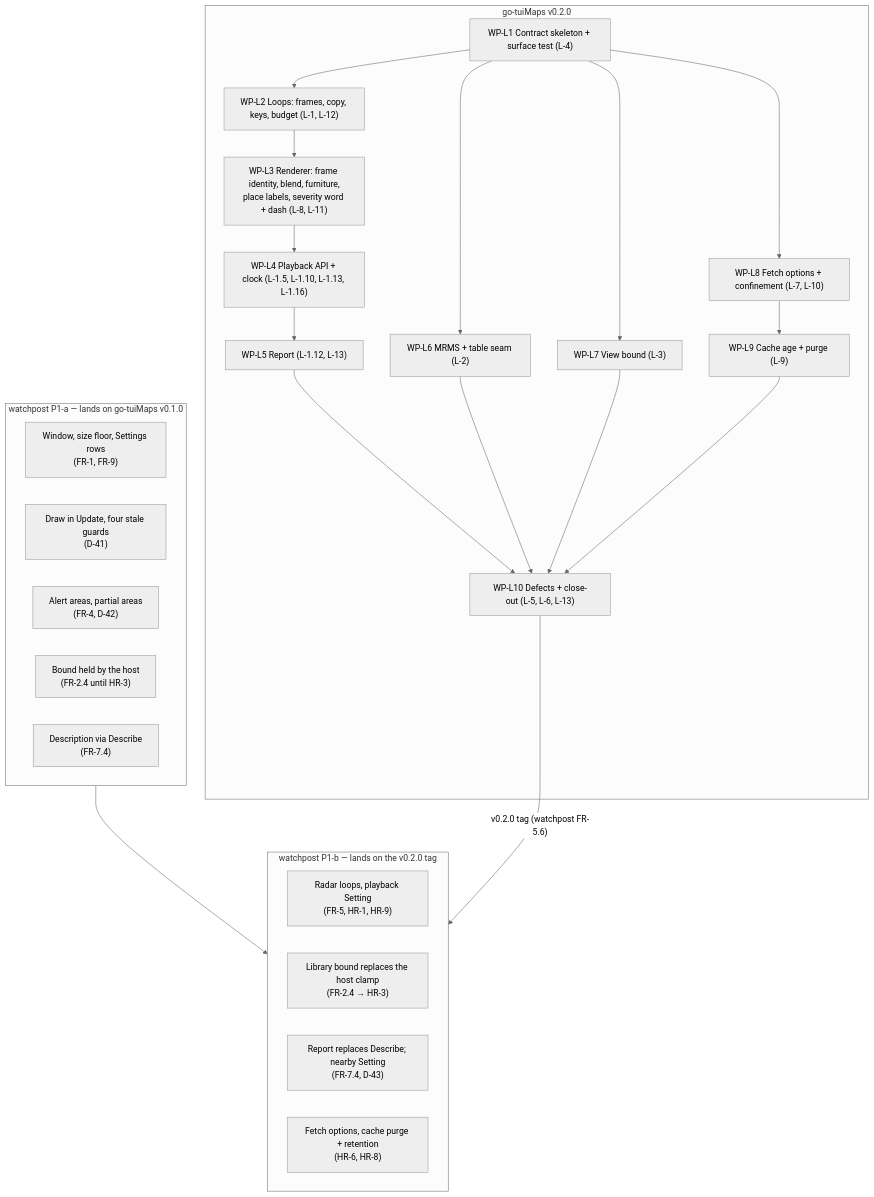
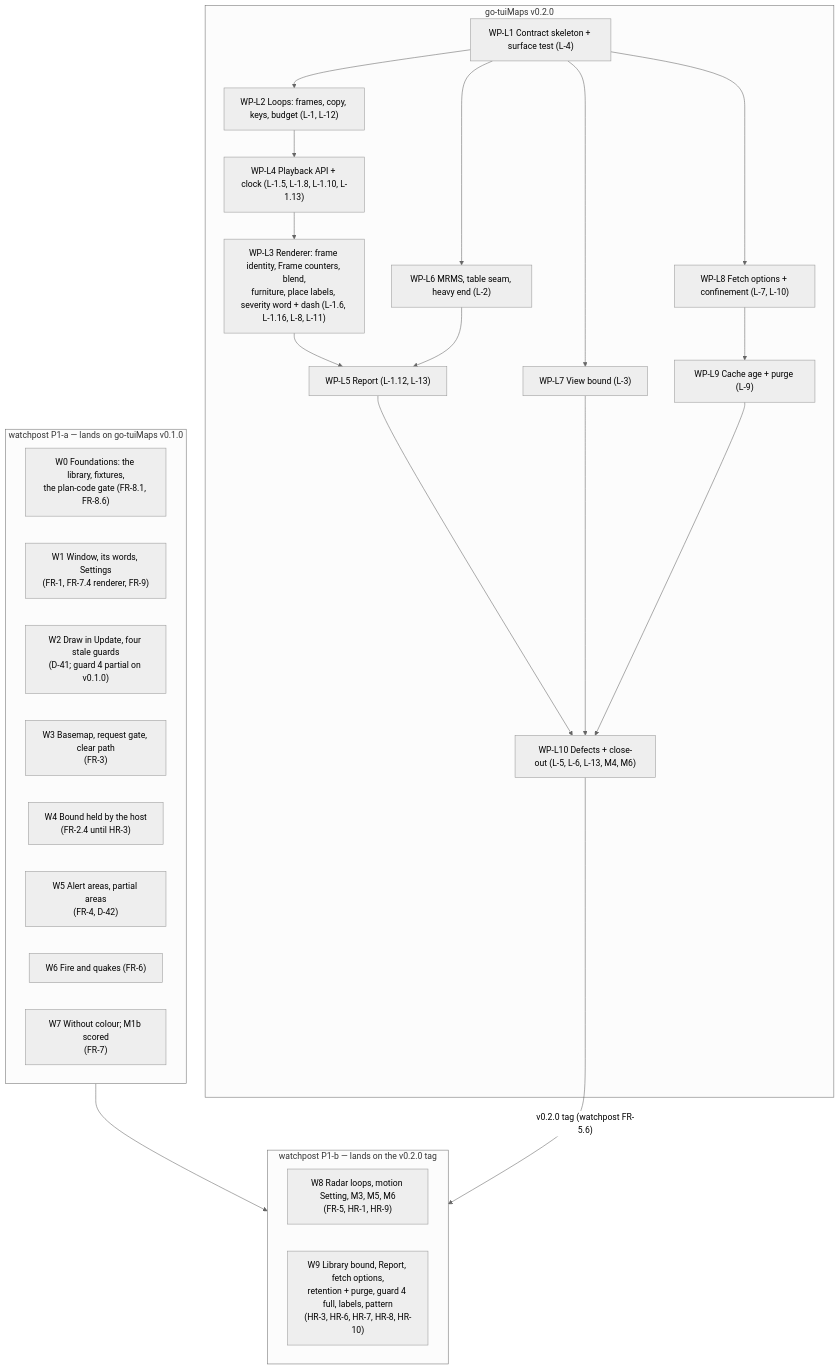
Before and after one commit to branden-thompson/go-tuimaps: the diagram in 06_docs/02_features/radar-loops/03-architecture-design/integration-map.md, drawn with Mermaid (neutral theme). The commit also changed other lines of this file and 3 other files, not shown here.

Commit message:
radar-loops: implementation plan revised after the internal plan check; integration map follows both plans

````diff
--- a/06_docs/02_features/radar-loops/03-architecture-design/integration-map.md
+++ b/06_docs/02_features/radar-loops/03-architecture-design/integration-map.md
@@ -19,38 +19,38 @@
 ```mermaid
 flowchart TB
   subgraph WP1["watchpost P1-a — lands on go-tuiMaps v0.1.0"]
-    W1["Window, size floor, Settings rows<br/>(FR-1, FR-9)"]
-    W2["Draw in Update, four stale guards<br/>(D-41)"]
-    W3["Alert areas, partial areas<br/>(FR-4, D-42)"]
-    W4["Bound held by the host<br/>(FR-2.4 until HR-3)"]
-    W5["Description via Describe<br/>(FR-7.4)"]
+    W0["W0 Foundations: the library, fixtures,<br/>the plan-code gate (FR-8.1, FR-8.6)"]
+    W1["W1 Window, its words, Settings<br/>(FR-1, FR-7.4 renderer, FR-9)"]
+    W2["W2 Draw in Update, four stale guards<br/>(D-41; guard 4 partial on v0.1.0)"]
+    W3["W3 Basemap, request gate, clear path<br/>(FR-3)"]
+    W4["W4 Bound held by the host<br/>(FR-2.4 until HR-3)"]
+    W5["W5 Alert areas, partial areas<br/>(FR-4, D-42)"]
+    W6["W6 Fire and quakes (FR-6)"]
+    W7["W7 Without colour; M1b scored<br/>(FR-7)"]
   end
   subgraph LIB["go-tuiMaps v0.2.0"]
     L0["WP-L1 Contract skeleton + surface test (L-4)"]
     L1["WP-L2 Loops: frames, copy, keys, budget (L-1, L-12)"]
-    L2["WP-L3 Renderer: frame identity, blend, furniture,<br/>place labels, severity word + dash (L-8, L-11)"]
-    L3["WP-L4 Playback API + clock (L-1.5, L-1.10, L-1.13, L-1.16)"]
+    L3["WP-L4 Playback API + clock (L-1.5, L-1.8, L-1.10, L-1.13)"]
+    L2["WP-L3 Renderer: frame identity, Frame counters, blend,<br/>furniture, place labels, severity word + dash (L-1.6, L-1.16, L-8, L-11)"]
     L4["WP-L5 Report (L-1.12, L-13)"]
-    L5["WP-L6 MRMS + table seam (L-2)"]
+    L5["WP-L6 MRMS, table seam, heavy end (L-2)"]
     L6["WP-L7 View bound (L-3)"]
     L7["WP-L8 Fetch options + confinement (L-7, L-10)"]
     L8["WP-L9 Cache age + purge (L-9)"]
-    L9["WP-L10 Defects + close-out (L-5, L-6, L-13)"]
-    L0 --> L1 --> L2 --> L3 --> L4
-    L0 --> L5
+    L9["WP-L10 Defects + close-out (L-5, L-6, L-13, M4, M6)"]
+    L0 --> L1 --> L3 --> L2 --> L4
+    L0 --> L5 --> L4
     L0 --> L6
     L0 --> L7 --> L8
     L4 --> L9
-    L5 --> L9
     L6 --> L9
     L8 --> L9
   end
   subgraph WP2["watchpost P1-b — lands on the v0.2.0 tag"]
-    W6["Radar loops, playback Setting<br/>(FR-5, HR-1, HR-9)"]
-    W7["Library bound replaces the host clamp<br/>(FR-2.4 → HR-3)"]
-    W8["Report replaces Describe; nearby Setting<br/>(FR-7.4, D-43)"]
-    W9["Fetch options, cache purge + retention<br/>(HR-6, HR-8)"]
+    W8["W8 Radar loops, motion Setting, M3, M5, M6<br/>(FR-5, HR-1, HR-9)"]
+    W9["W9 Library bound, Report, fetch options,<br/>retention + purge, guard 4 full, labels, pattern<br/>(HR-3, HR-6, HR-7, HR-8, HR-10)"]
   end
   WP1 --> WP2
   L9 -->|"v0.2.0 tag (watchpost FR-5.6)"| WP2
 ```
````
